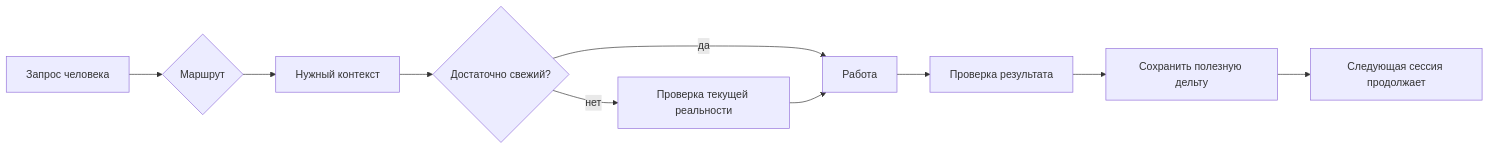
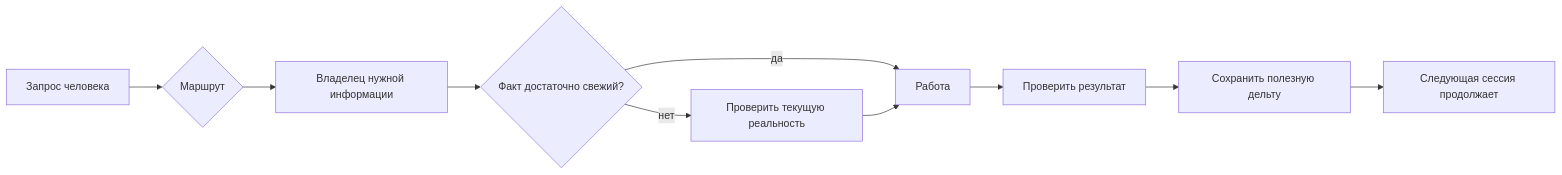
The diagram in README.md (Goldbergg2026/ai-continuity-kit), drawn with Mermaid before and after one commit. The commit also changed other lines of this file, not shown here.

````diff
--- a/README.md
+++ b/README.md
@@ -89,12 +191,12 @@
 ```mermaid
 flowchart LR
     H[Запрос человека] --> R{Маршрут}
-    R --> C[Нужный контекст]
-    C --> F{Достаточно свежий?}
+    R --> O[Владелец нужной информации]
+    O --> F{Факт достаточно свежий?}
     F -->|да| W[Работа]
-    F -->|нет| V[Проверка текущей реальности]
+    F -->|нет| V[Проверить текущую реальность]
     V --> W
-    W --> Q[Проверка результата]
+    W --> Q[Проверить результат]
     Q --> D[Сохранить полезную дельту]
     D --> N[Следующая сессия продолжает]
 ```
````
